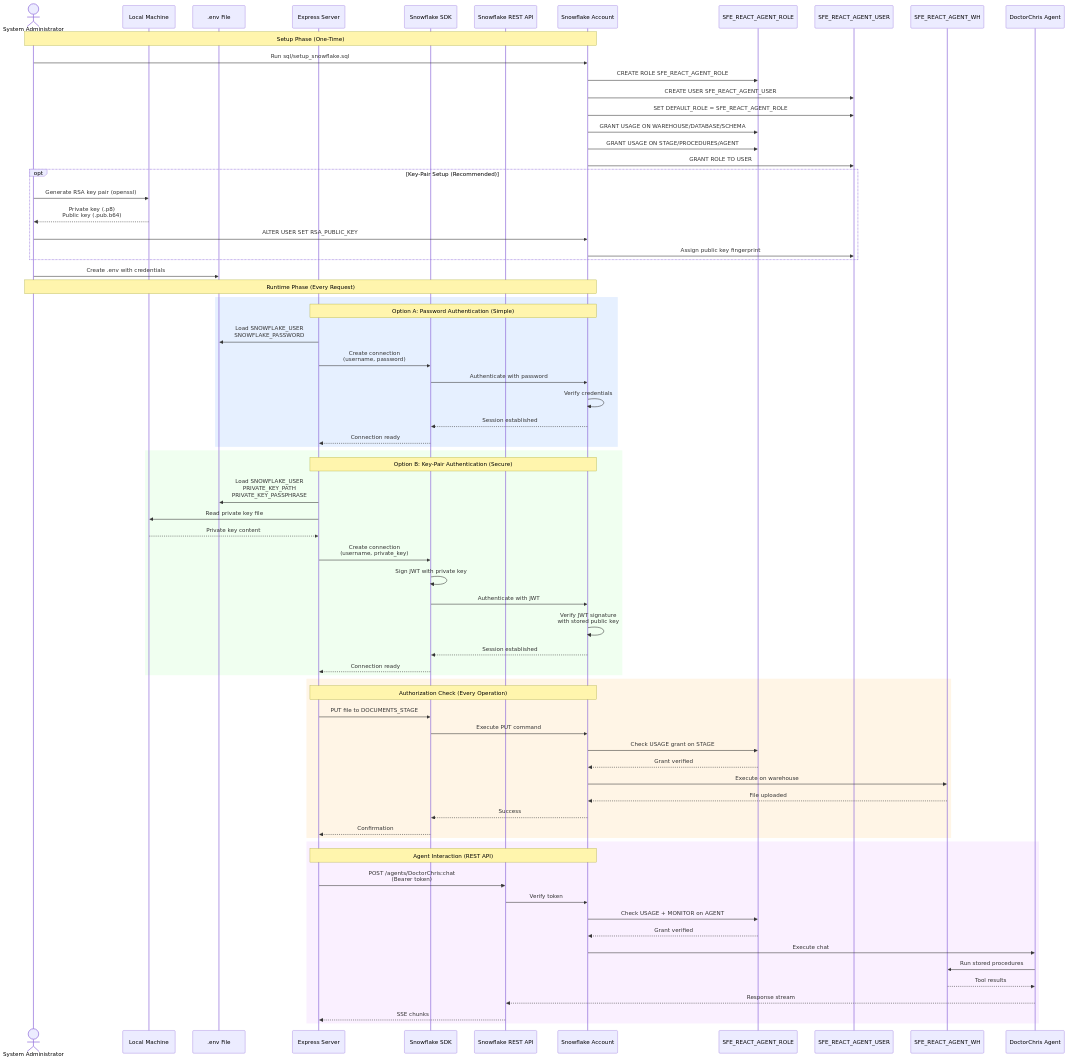
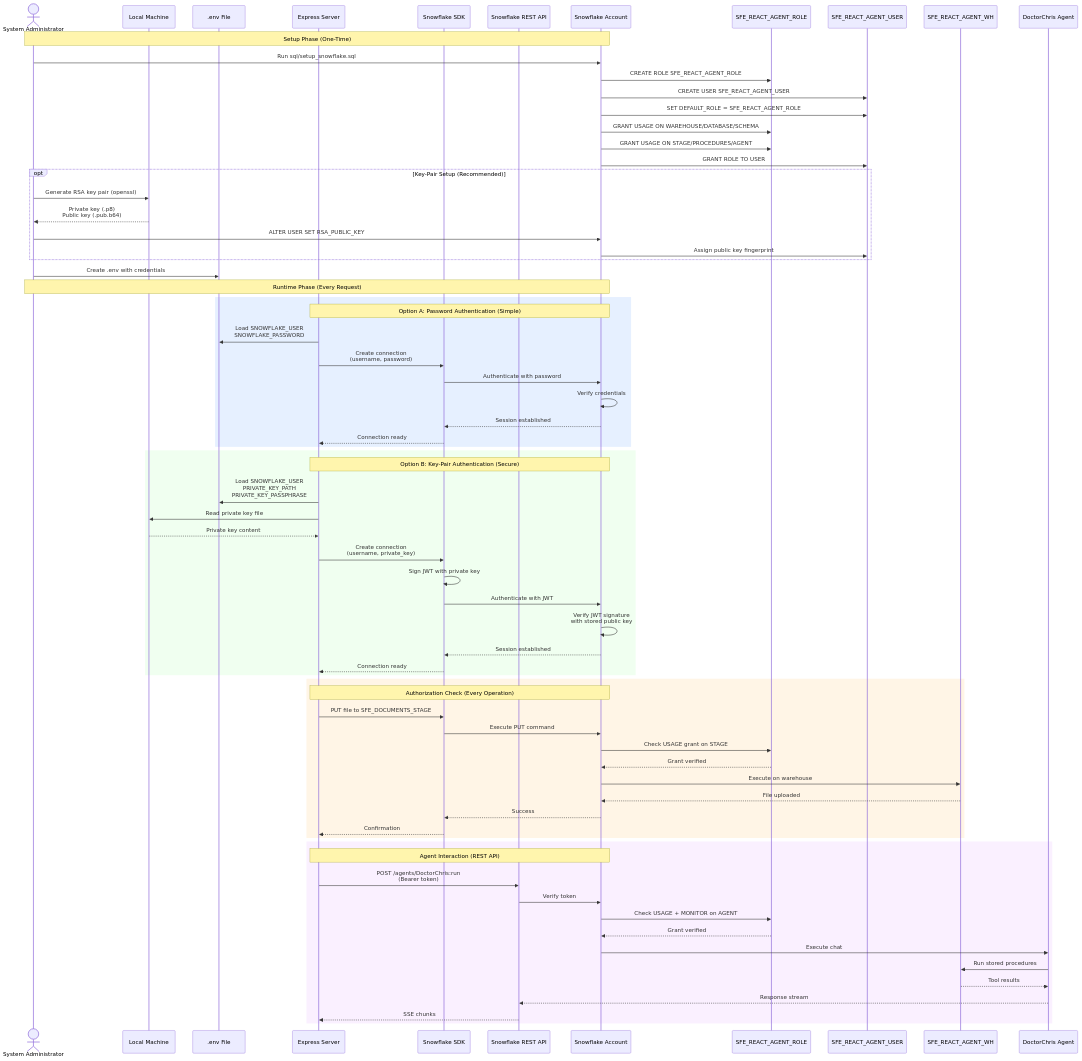
Before and after one commit to sfc-gh-miwhitaker/react-agent-api-upload: the diagram in diagrams/auth-flow.md, drawn with Mermaid. The commit also changed other lines of this file and 25 other files, not shown here.

```diff
--- a/diagrams/auth-flow.md
+++ b/diagrams/auth-flow.md
@@ -83,7 +84,7 @@
     rect rgb(255, 245, 230)
         Note over Express,SF: Authorization Check (Every Operation)
         
-        Express->>SFSDK: PUT file to DOCUMENTS_STAGE
+        Express->>SFSDK: PUT file to SFE_DOCUMENTS_STAGE
         SFSDK->>SF: Execute PUT command
         SF->>Role: Check USAGE grant on STAGE
         Role-->>SF: Grant verified
@@ -96,7 +97,7 @@
     rect rgb(250, 240, 255)
         Note over Express,SF: Agent Interaction (REST API)
         
-        Express->>SFAPI: POST /agents/DoctorChris:chat<br/>(Bearer token)
+        Express->>SFAPI: POST /agents/DoctorChris:run<br/>(Bearer token)
         SFAPI->>SF: Verify token
         SF->>Role: Check USAGE + MONITOR on AGENT
         Role-->>SF: Grant verified
```
